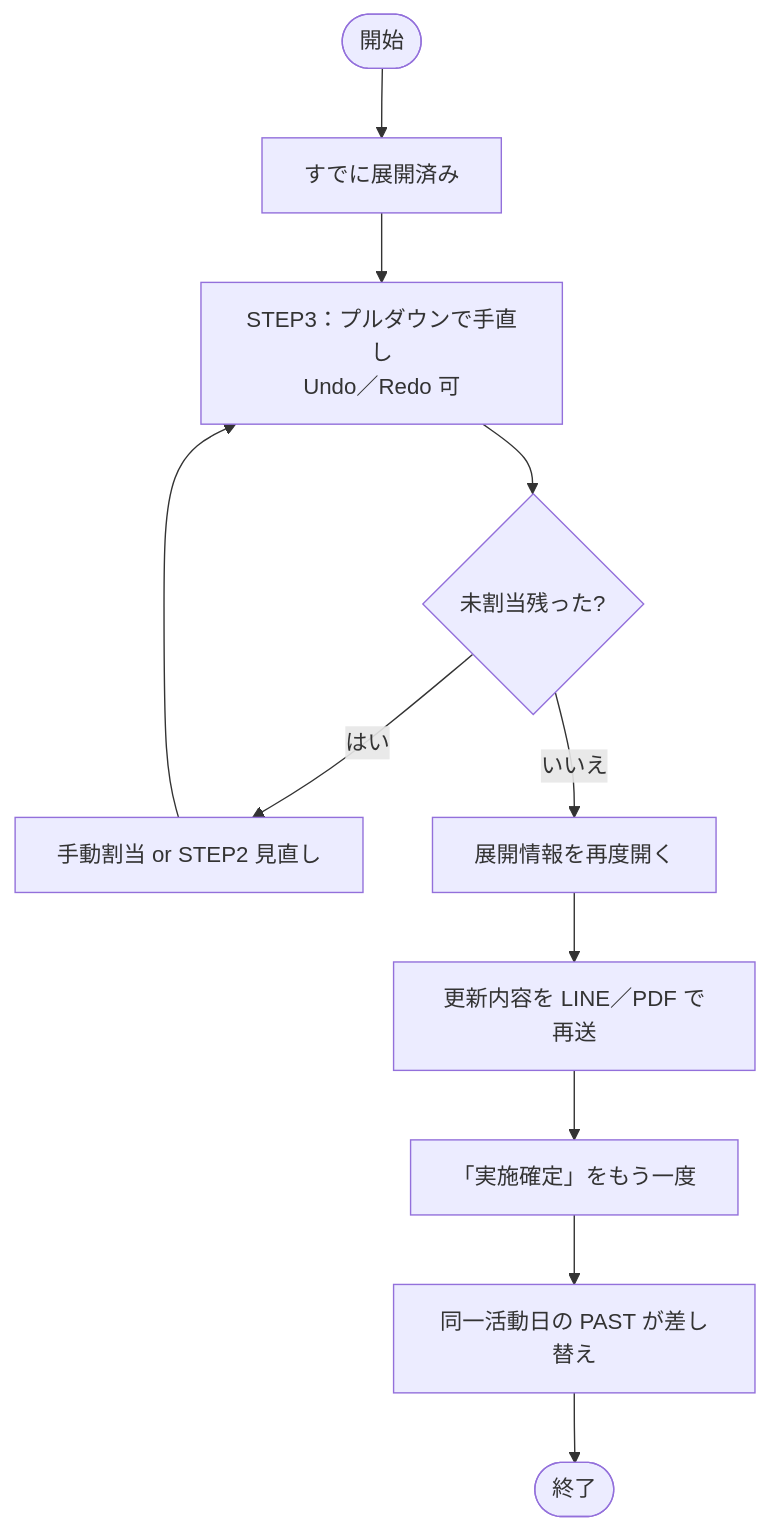
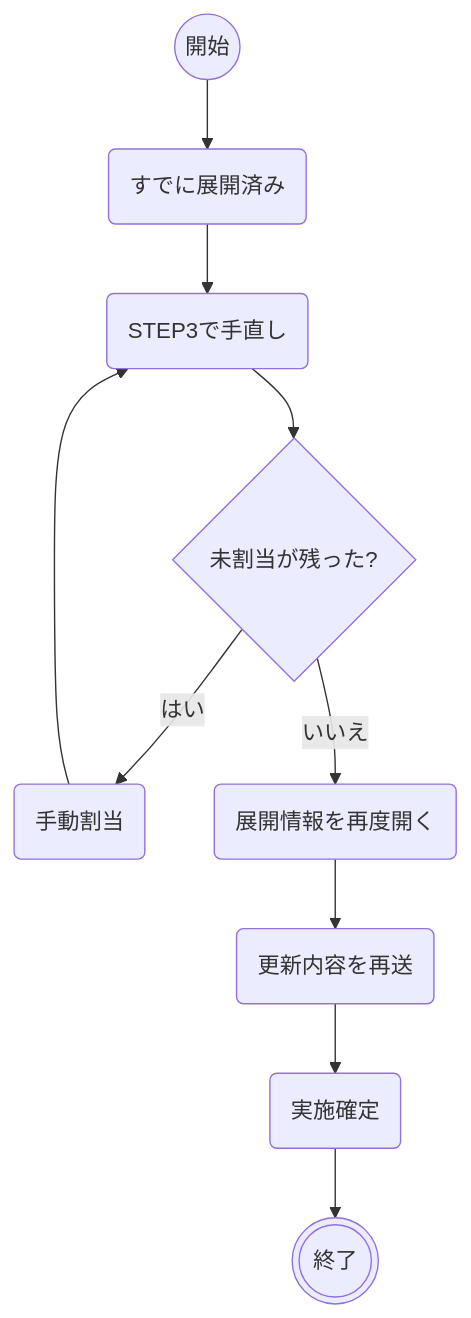
One commit to tcb15-admin/tcb-tools changed the sixth of 9 diagrams in boys15/docs/TCB-MAN-001_道具割り振りツール_操作マニュアル_v1.5.md. Above: the diagram before and after it, drawn with Mermaid. The commit also changed other lines of this file and 3 other files, not shown here.

First line of the commit message:
docs: 15期マニュアルv1.11でフロー図のPDFレイアウトを改善

````diff
--- a/boys15/docs/TCB-MAN-001_道具割り振りツール_操作マニュアル_v1.5.md
+++ b/boys15/docs/TCB-MAN-001_道具割り振りツール_操作マニュアル_v1.5.md
@@ -218,13 +245,12 @@
 ```mermaid
 flowchart TD
-    S([開始]) --> DONE[すでに展開済み]
-    DONE --> EDIT[STEP3：プルダウンで手直し<br/>Undo／Redo 可]
-    EDIT --> U{未割当残った?}
-    U -->|はい| M[手動割当 or STEP2 見直し]
+    S((開始)) --> DONE(すでに展開済み)
+    DONE --> EDIT(STEP3で手直し)
+    EDIT --> U{未割当が残った?}
+    U -->|はい| M(手動割当)
     M --> EDIT
-    U -->|いいえ| RESH[展開情報を再度開く]
-    RESH --> RESEND[更新内容を LINE／PDF で再送]
-    RESEND --> CF[「実施確定」をもう一度]
-    CF --> NOTE[同一活動日の PAST が差し替え]
-    NOTE --> E([終了])
+    U -->|いいえ| RESH(展開情報を再度開く)
+    RESH --> RESEND(更新内容を再送)
+    RESEND --> CF(実施確定)
+    CF --> E(((終了)))
 ```
````
